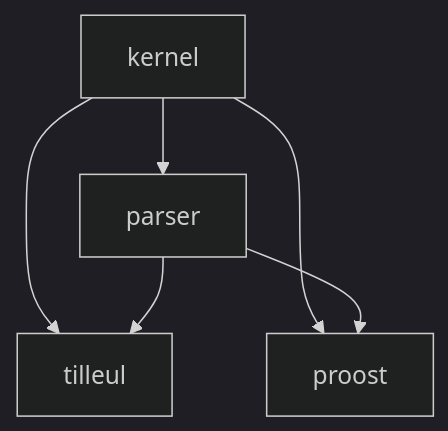
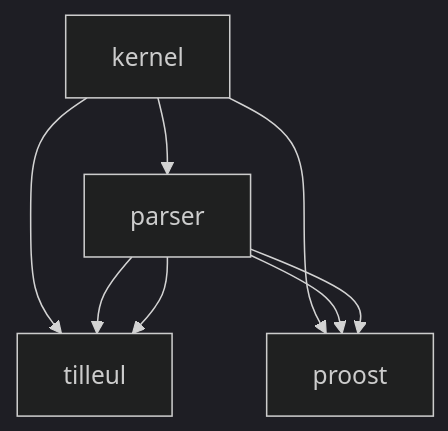
One commit to proost-assistant/proost changed the diagram in README.md. Above: the diagram before and after it, drawn with Mermaid (dark theme).

Commit message:
mermaid test

````diff
--- a/README.md
+++ b/README.md
@@ -20,8 +20,10 @@
 ```mermaid
 graph TD;
   kernel-->tilleul;
   kernel-->parser;
   kernel-->proost;
   parser-->proost;
   parser-->tilleul;
+  parser-->tilleul; 
+  parser-->proost;
 ```
````
